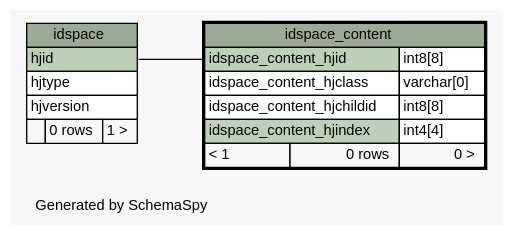
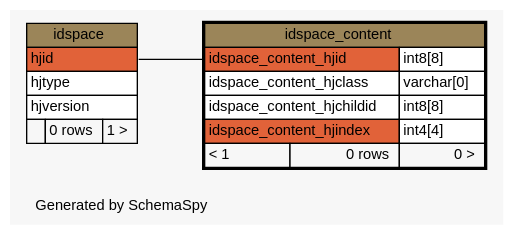
One commit to lmu-bioinformatics/xmlpipedb changed the diagram in site/docs/schemaspy/gmbuilderdb/diagrams/idspace_content.1degree.dot. Above: the diagram before and after it, drawn with Graphviz. The commit also changed 1111 other files, not shown here.

```diff
--- a/site/docs/schemaspy/gmbuilderdb/diagrams/idspace_content.1degree.dot
+++ b/site/docs/schemaspy/gmbuilderdb/diagrams/idspace_content.1degree.dot
@@ -1,48 +1,48 @@
 // dot 2.22.2 on Windows Vista 6.0
 // SchemaSpy rev 536
 digraph "oneDegreeRelationshipsDiagram" {
   graph [
     rankdir="RL"
     bgcolor="#f7f7f7"
     label="\nGenerated by SchemaSpy"
     labeljust="l"
     nodesep="0.18"
     ranksep="0.46"
     fontname="Helvetica"
     fontsize="11"
   ];
   node [
     fontname="Helvetica"
     fontsize="11"
     shape="plaintext"
   ];
   edge [
     arrowsize="0.8"
   ];
   "idspace_content":"idspace_content_hjid":w -> "idspace":"hjid":e [arrowhead=none arrowtail=crowodot];
   "idspace" [
     label=<
     <TABLE BORDER="0" CELLBORDER="1" CELLSPACING="0" BGCOLOR="#ffffff">
-      <TR><TD COLSPAN="3" BGCOLOR="#9bab96" ALIGN="CENTER">idspace</TD></TR>
-      <TR><TD PORT="hjid" COLSPAN="3" BGCOLOR="#bed1b8" ALIGN="LEFT">hjid</TD></TR>
+      <TR><TD COLSPAN="3" BGCOLOR="#9b8559" ALIGN="CENTER">idspace</TD></TR>
+      <TR><TD PORT="hjid" COLSPAN="3" BGCOLOR="#e16239" ALIGN="LEFT">hjid</TD></TR>
       <TR><TD PORT="hjtype" COLSPAN="3" ALIGN="LEFT">hjtype</TD></TR>
       <TR><TD PORT="hjversion" COLSPAN="3" ALIGN="LEFT">hjversion</TD></TR>
       <TR><TD ALIGN="LEFT" BGCOLOR="#f7f7f7">  </TD><TD ALIGN="RIGHT" BGCOLOR="#f7f7f7">0 rows</TD><TD ALIGN="RIGHT" BGCOLOR="#f7f7f7">1 &gt;</TD></TR>
     </TABLE>>
     URL="idspace.html"
     tooltip="idspace"
   ];
   "idspace_content" [
     label=<
     <TABLE BORDER="2" CELLBORDER="1" CELLSPACING="0" BGCOLOR="#ffffff">
-      <TR><TD COLSPAN="3" BGCOLOR="#9bab96" ALIGN="CENTER">idspace_content</TD></TR>
-      <TR><TD PORT="idspace_content_hjid" COLSPAN="2" BGCOLOR="#bed1b8" ALIGN="LEFT">idspace_content_hjid</TD><TD PORT="idspace_content_hjid.type" ALIGN="LEFT">int8[8]</TD></TR>
+      <TR><TD COLSPAN="3" BGCOLOR="#9b8559" ALIGN="CENTER">idspace_content</TD></TR>
+      <TR><TD PORT="idspace_content_hjid" COLSPAN="2" BGCOLOR="#e16239" ALIGN="LEFT">idspace_content_hjid</TD><TD PORT="idspace_content_hjid.type" ALIGN="LEFT">int8[8]</TD></TR>
       <TR><TD PORT="idspace_content_hjclass" COLSPAN="2" ALIGN="LEFT">idspace_content_hjclass</TD><TD PORT="idspace_content_hjclass.type" ALIGN="LEFT">varchar[0]</TD></TR>
       <TR><TD PORT="idspace_content_hjchildid" COLSPAN="2" ALIGN="LEFT">idspace_content_hjchildid</TD><TD PORT="idspace_content_hjchildid.type" ALIGN="LEFT">int8[8]</TD></TR>
-      <TR><TD PORT="idspace_content_hjindex" COLSPAN="2" BGCOLOR="#bed1b8" ALIGN="LEFT">idspace_content_hjindex</TD><TD PORT="idspace_content_hjindex.type" ALIGN="LEFT">int4[4]</TD></TR>
+      <TR><TD PORT="idspace_content_hjindex" COLSPAN="2" BGCOLOR="#e16239" ALIGN="LEFT">idspace_content_hjindex</TD><TD PORT="idspace_content_hjindex.type" ALIGN="LEFT">int4[4]</TD></TR>
       <TR><TD ALIGN="LEFT" BGCOLOR="#f7f7f7">&lt; 1</TD><TD ALIGN="RIGHT" BGCOLOR="#f7f7f7">0 rows</TD><TD ALIGN="RIGHT" BGCOLOR="#f7f7f7">0 &gt;</TD></TR>
     </TABLE>>
     URL="idspace_content.html"
     tooltip="idspace_content"
   ];
 }
```
